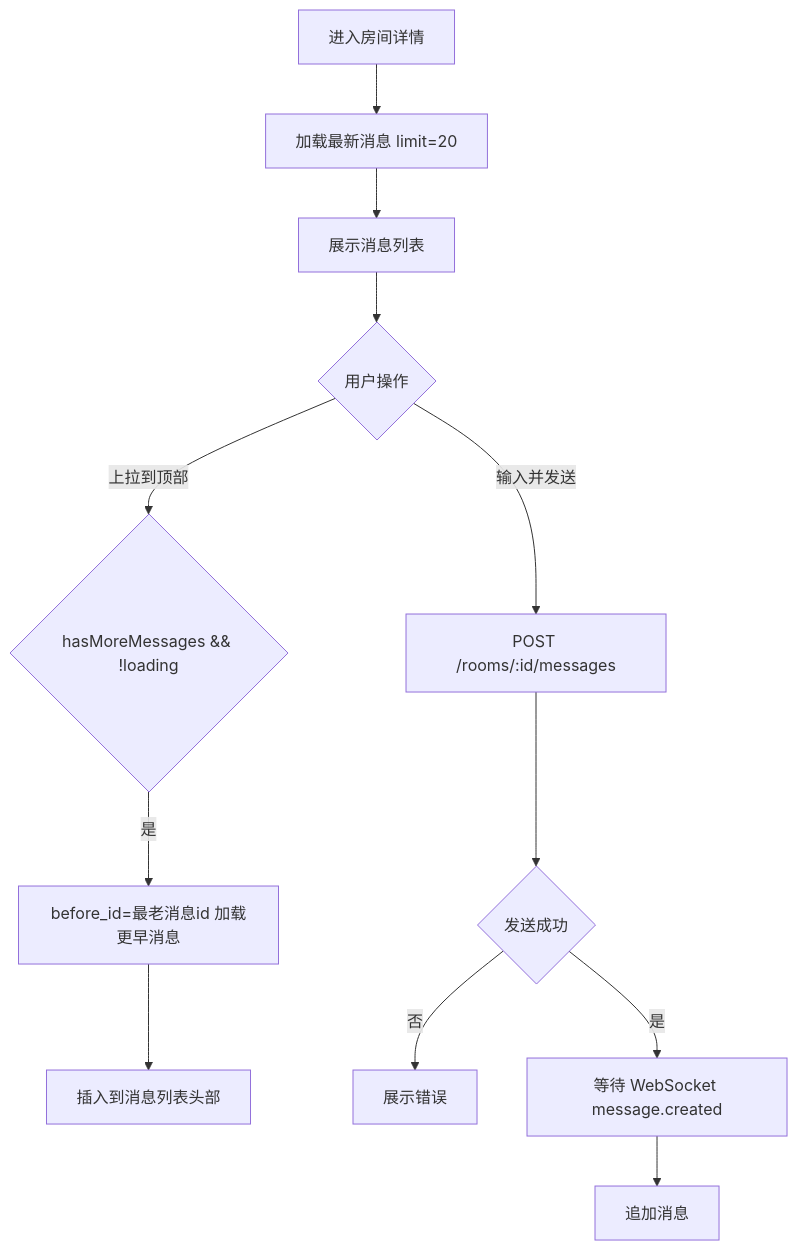
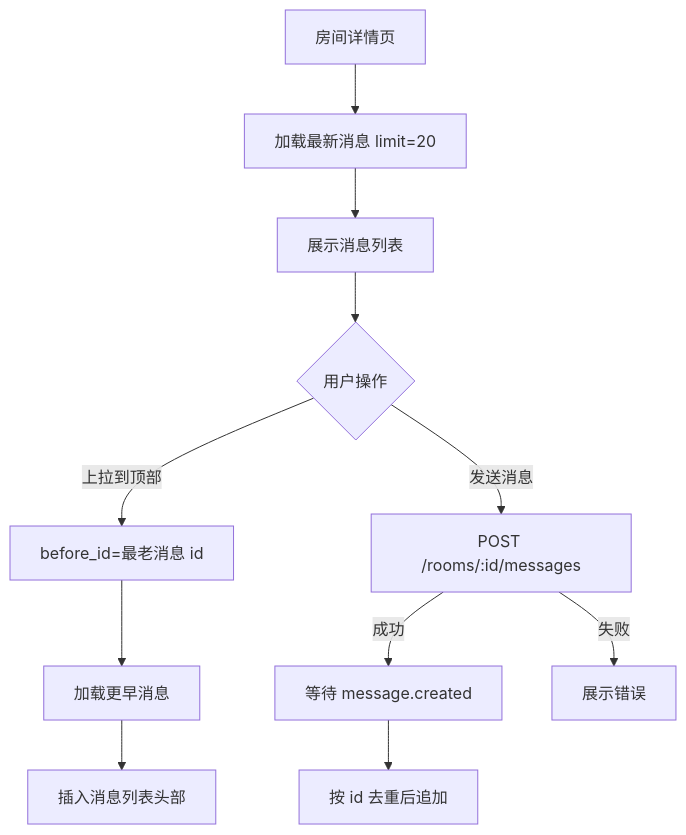
One commit to DancingCodes/room-app changed the fifth of 9 diagrams in docs/客户端逻辑设计.md. Above: the diagram before and after it, drawn with Mermaid. The commit also changed other lines of this file and 1 other file, not shown here.

````diff
--- a/docs/客户端逻辑设计.md
+++ b/docs/客户端逻辑设计.md
@@ -154,14 +89,13 @@
 ```mermaid
 flowchart TD
-    A[进入房间详情] --> B[加载最新消息 limit=20]
+    A[房间详情页] --> B[加载最新消息 limit=20]
     B --> C[展示消息列表]
     C --> D{用户操作}
-    D -- 上拉到顶部 --> E{hasMoreMessages && !loading}
-    E -- 是 --> F[before_id=最老消息id 加载更早消息]
-    F --> G[插入到消息列表头部]
-    D -- 输入并发送 --> H[POST /rooms/:id/messages]
-    H --> I{发送成功}
-    I -- 否 --> J[展示错误]
-    I -- 是 --> K[等待 WebSocket message.created]
-    K --> L[追加消息]
+    D -- 上拉到顶部 --> E[before_id=最老消息 id]
+    E --> F[加载更早消息]
+    F --> G[插入消息列表头部]
+    D -- 发送消息 --> H[POST /rooms/:id/messages]
+    H -- 成功 --> I[等待 message.created]
+    I --> J[按 id 去重后追加]
+    H -- 失败 --> K[展示错误]
 ```
````
